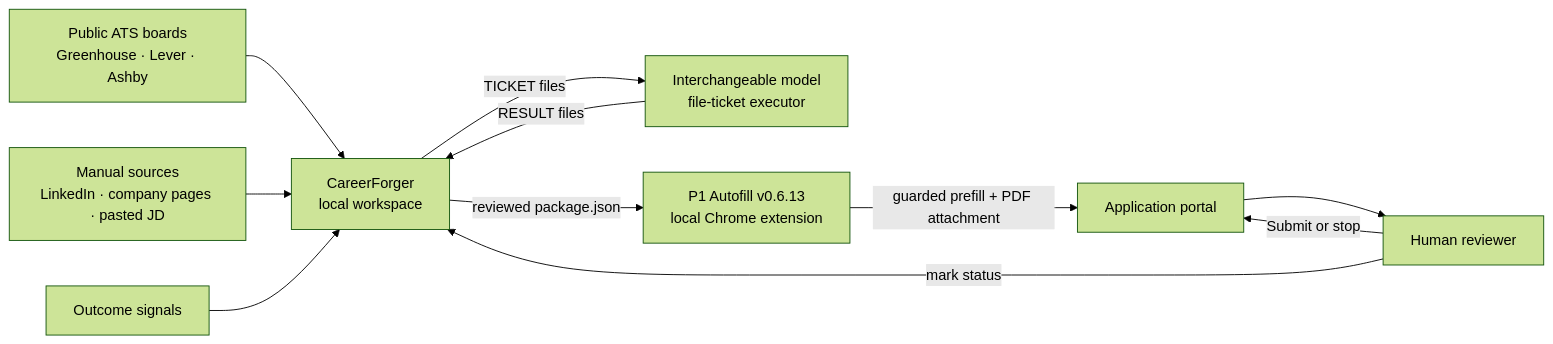
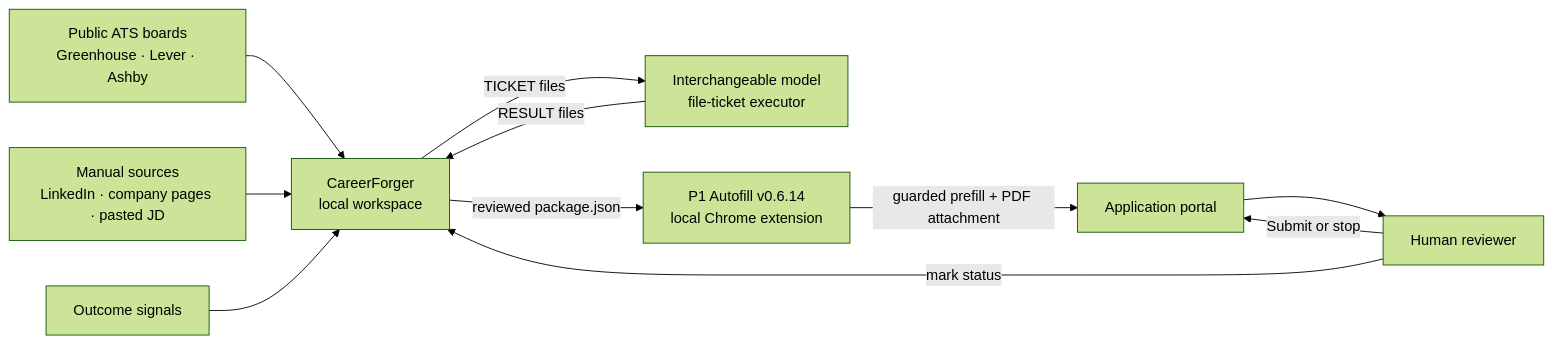
Before and after one commit to devothamgn321/CareerForger: the first of 4 diagrams in docs/ARCHITECTURE.md, drawn with Mermaid (forest theme). The commit also changed other lines of this file and 7 other files, not shown here.

````diff
--- a/docs/ARCHITECTURE.md
+++ b/docs/ARCHITECTURE.md
@@ -117,22 +117,22 @@
 ```mermaid
 flowchart LR
     ATS[Public ATS boards<br/>Greenhouse · Lever · Ashby]
     MANUAL[Manual sources<br/>LinkedIn · company pages · pasted JD]
     CF[CareerForger<br/>local workspace]
     MODEL[Interchangeable model<br/>file-ticket executor]
-    EXT[P1 Autofill v0.6.13<br/>local Chrome extension]
+    EXT[P1 Autofill v0.6.14<br/>local Chrome extension]
     PORTAL[Application portal]
     HUMAN[Human reviewer]
     OUTCOME[Outcome signals]
 
     ATS --> CF
     MANUAL --> CF
     CF -->|TICKET files| MODEL
     MODEL -->|RESULT files| CF
     CF -->|reviewed package.json| EXT
     EXT -->|guarded prefill + PDF attachment| PORTAL
     PORTAL --> HUMAN
     HUMAN -->|Submit or stop| PORTAL
     HUMAN -->|mark status| CF
     OUTCOME --> CF
 ```
````
